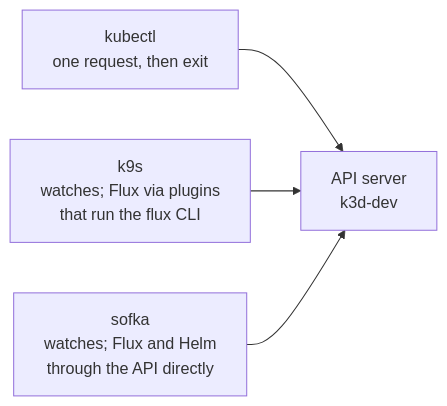
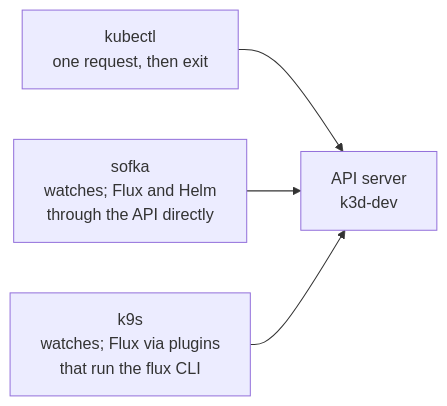
One commit to bourbonfgiles/kube_local changed the first of 2 diagrams in docs/00-tools.md. Above: the diagram before and after it, drawn with Mermaid. The commit also changed other lines of this file and 1 other file, not shown here.

Commit message:
docs: make sofka the default TUI, k9s the fallback

````diff
--- a/docs/00-tools.md
+++ b/docs/00-tools.md
@@ -18,6 +18,6 @@
 ```mermaid
 flowchart LR
   kubectl["kubectl<br/>one request, then exit"] --> api["API server<br/>k3d-dev"]
+  sofka["sofka<br/>watches; Flux and Helm<br/>through the API directly"] --> api
   k9s["k9s<br/>watches; Flux via plugins<br/>that run the flux CLI"] --> api
-  sofka["sofka<br/>watches; Flux and Helm<br/>through the API directly"] --> api
 ```
````
